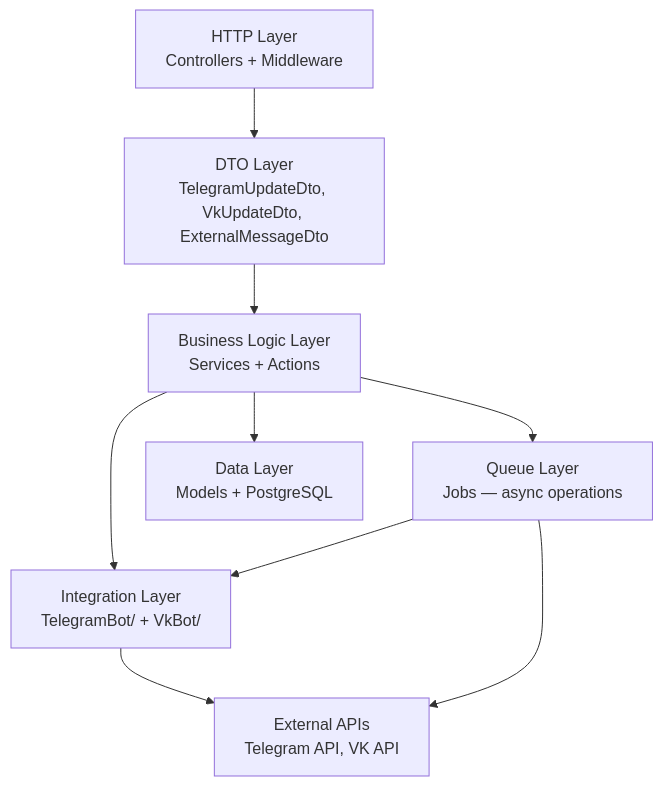
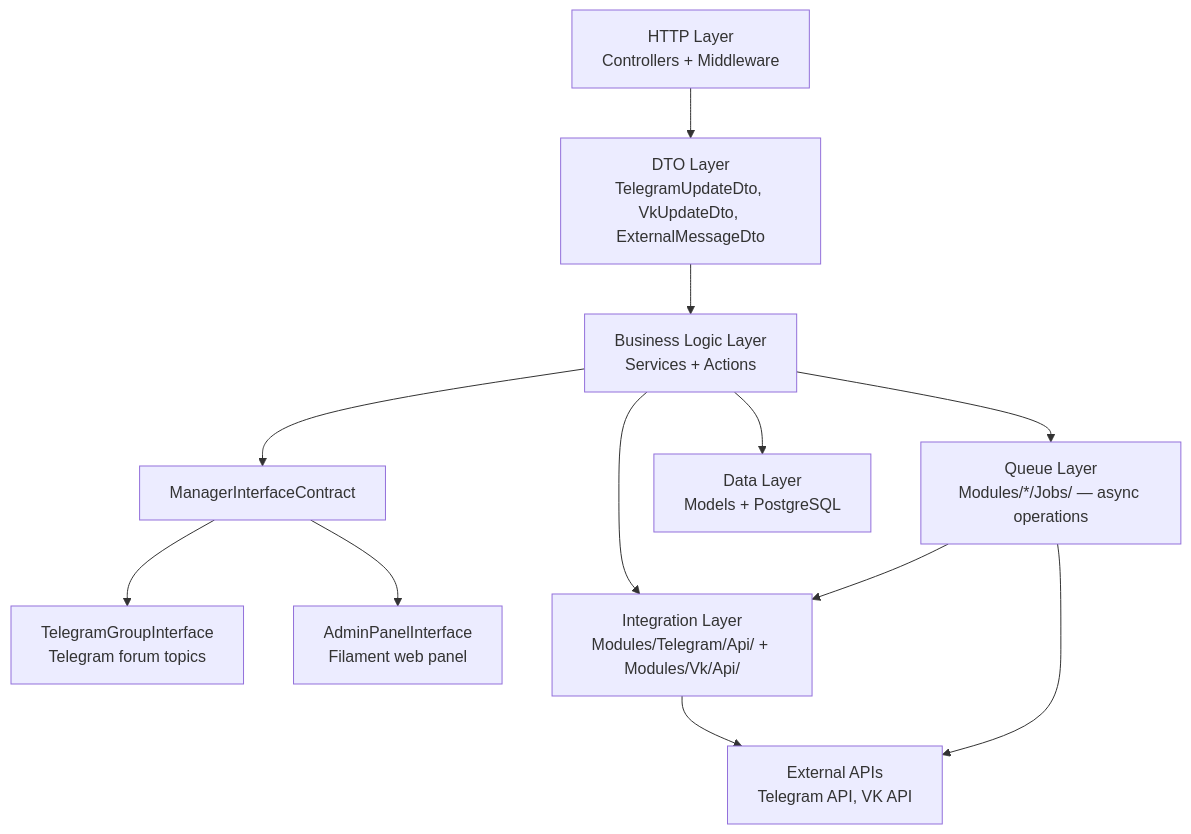
The diagram in rules/process/architecture-design.md (prog-time/tg-support-bot), drawn with Mermaid before and after one commit. The commit also changed other lines of this file and 6 other files, not shown here.

````diff
--- a/rules/process/architecture-design.md
+++ b/rules/process/architecture-design.md
@@ -26,11 +26,14 @@
 ```mermaid
 flowchart TD
     A[HTTP Layer\nControllers + Middleware] --> B[DTO Layer\nTelegramUpdateDto, VkUpdateDto, ExternalMessageDto]
     B --> C[Business Logic Layer\nServices + Actions]
-    C --> D[Integration Layer\nTelegramBot/ + VkBot/]
-    C --> E[Queue Layer\nJobs — async operations]
+    C --> MI[ManagerInterfaceContract]
+    MI --> TGI[TelegramGroupInterface\nTelegram forum topics]
+    MI --> API[AdminPanelInterface\nFilament web panel]
+    C --> D[Integration Layer\nModules/Telegram/Api/ + Modules/Vk/Api/]
+    C --> E[Queue Layer\nModules/*/Jobs/ — async operations]
     E --> D
     C --> F[Data Layer\nModels + PostgreSQL]
     D --> G[External APIs\nTelegram API, VK API]
     E --> G
 ```
````
